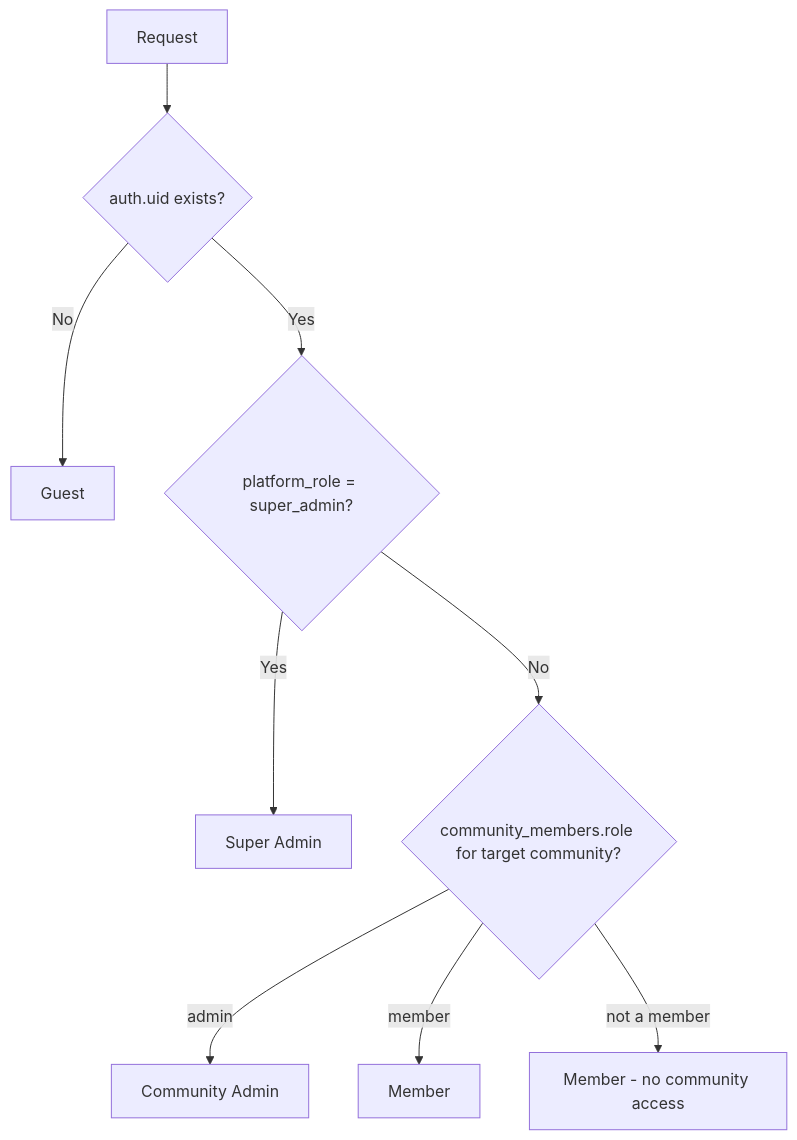
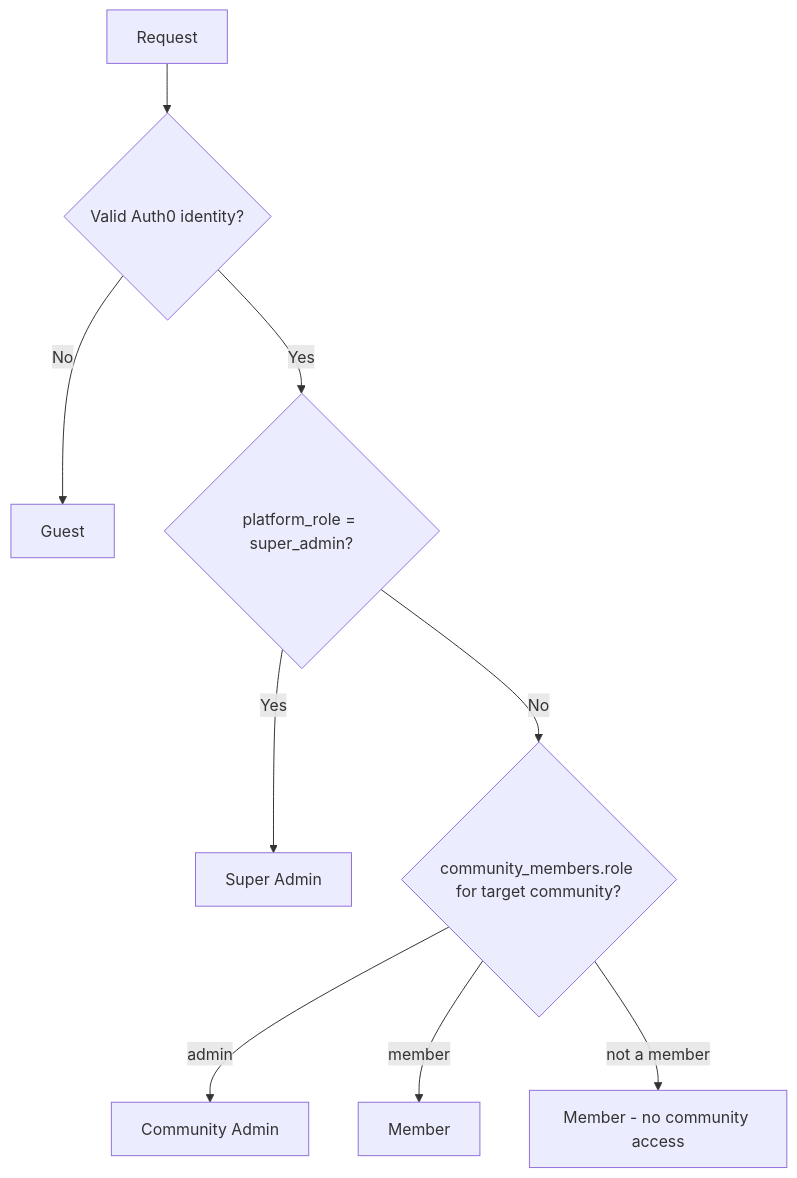
The diagram in docs/06_RBAC.md (TheOneWith-3j/sports-community-app), drawn with Mermaid before and after one commit. The commit also changed other lines of this file and 38 other files, not shown here.

````diff
--- a/docs/06_RBAC.md
+++ b/docs/06_RBAC.md
@@ -39,11 +41,11 @@
 ```mermaid
 flowchart TD
-  Start[Request] --> HasSession{auth.uid exists?}
+  Start[Request] --> HasSession{Valid Auth0 identity?}
   HasSession -->|No| Guest[Guest]
   HasSession -->|Yes| SuperCheck{platform_role = super_admin?}
   SuperCheck -->|Yes| SuperAdmin[Super Admin]
   SuperCheck -->|No| CommCheck{community_members.role for target community?}
   CommCheck -->|admin| CommAdmin[Community Admin]
   CommCheck -->|member| Member[Member]
   CommCheck -->|not a member| MemberOnly[Member - no community access]
 ```
````
